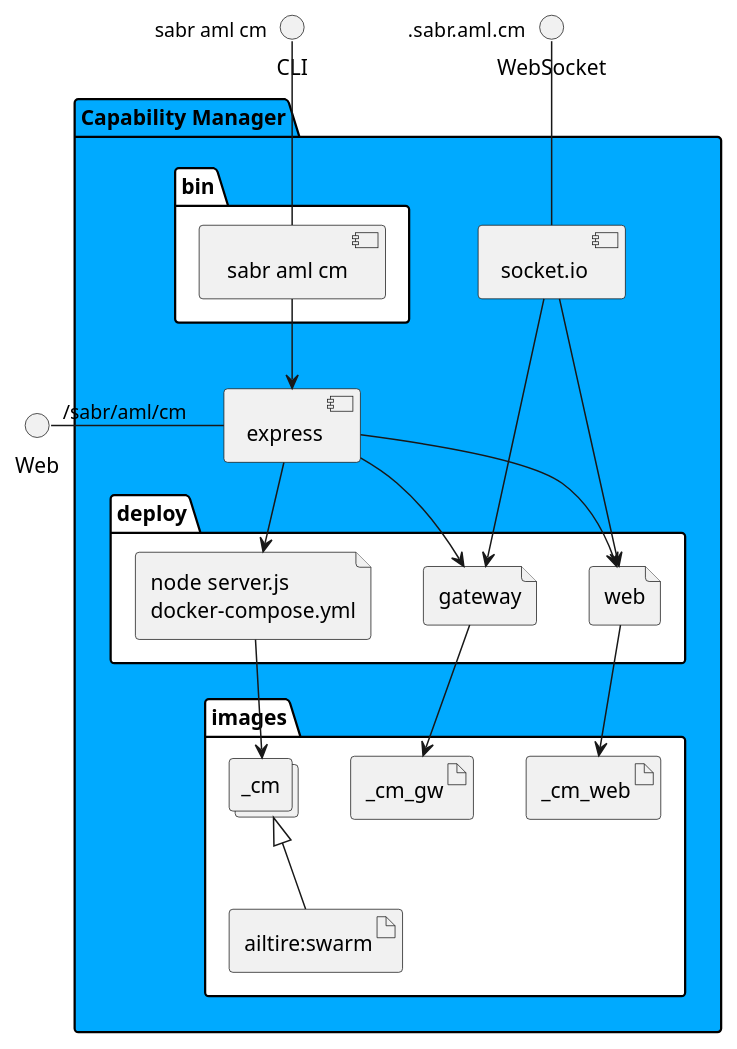
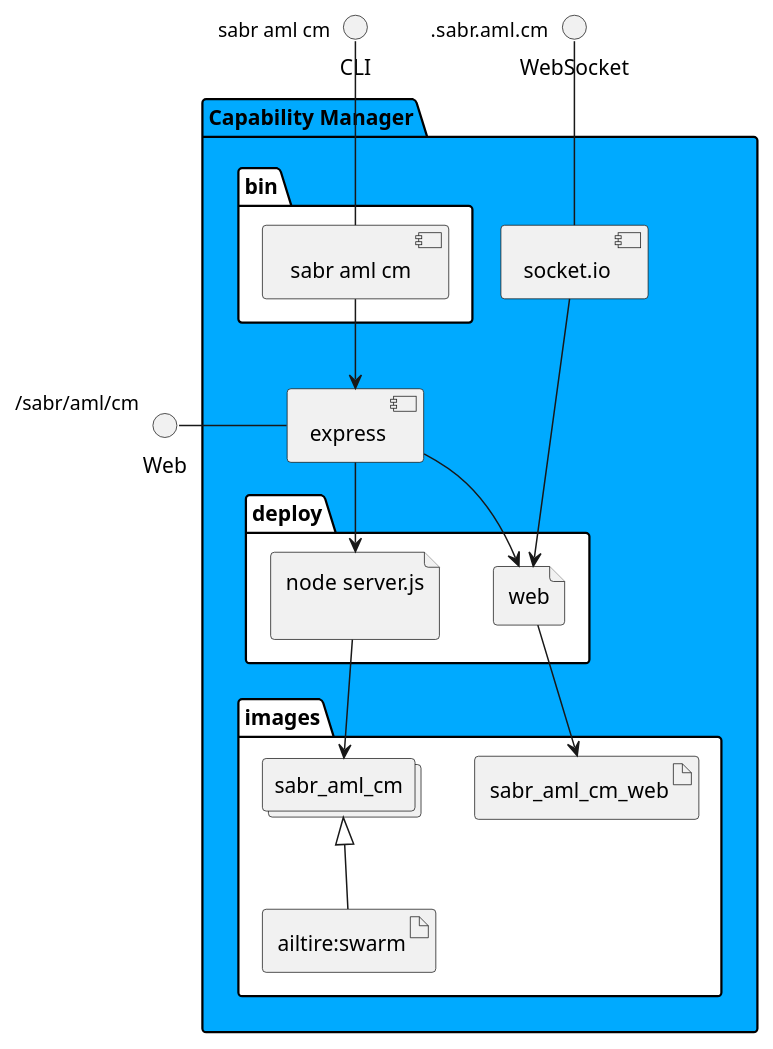
The diagram in docs/sabr/aml/cm/envs/prod/physical.puml (madajaju/sabr), drawn with PlantUML before and after one commit. The commit also changed 484 other files, not shown here.

```diff
--- a/docs/sabr/aml/cm/envs/prod/physical.puml
+++ b/docs/sabr/aml/cm/envs/prod/physical.puml
@@ -1,46 +1,39 @@
 @startuml
   interface CLI
   interface Web
   interface WebSocket
 package "Capability Manager" #00aaff {
   component express as REST
   component socket.io as socket
   folder bin #ffffff {
     component " sabr aml cm" as binName
   }
   binName --> REST
 
   folder deploy #ffffff {
-      file "node server.js\ndocker-compose.yml" as _cm_container
-      REST --> _cm_container
+      file "node server.js\n" as sabr_aml_cm_container
+      REST --> sabr_aml_cm_container
 
   
     file "web" as web_container
     REST --> web_container
     socket ---> web_container
   
-    file "gateway" as gateway_container
-    REST --> gateway_container
-    socket ---> gateway_container
-  
   }
   folder images #ffffff {
-    collections "_cm" as _cmimage
+    collections "sabr_aml_cm" as sabr_aml_cmimage
     artifact "ailtire:swarm" as ailtireswarm
-    _cmimage <|-- ailtireswarm
-    _cm_container --> _cmimage
+    sabr_aml_cmimage <|-- ailtireswarm
+    sabr_aml_cm_container --> sabr_aml_cmimage
 
   
-      artifact "_cm_web" as _cm_web
-      web_container --> _cm_web
-    
-      artifact "_cm_gw" as _cm_gw
-      gateway_container --> _cm_gw
+      artifact "sabr_aml_cm_web" as sabr_aml_cm_web
+      web_container --> sabr_aml_cm_web
     
   }
 }
 CLI " sabr aml cm" -- binName
 Web "/sabr/aml/cm" - REST
 WebSocket ".sabr.aml.cm" -- socket
 
 @enduml
```
